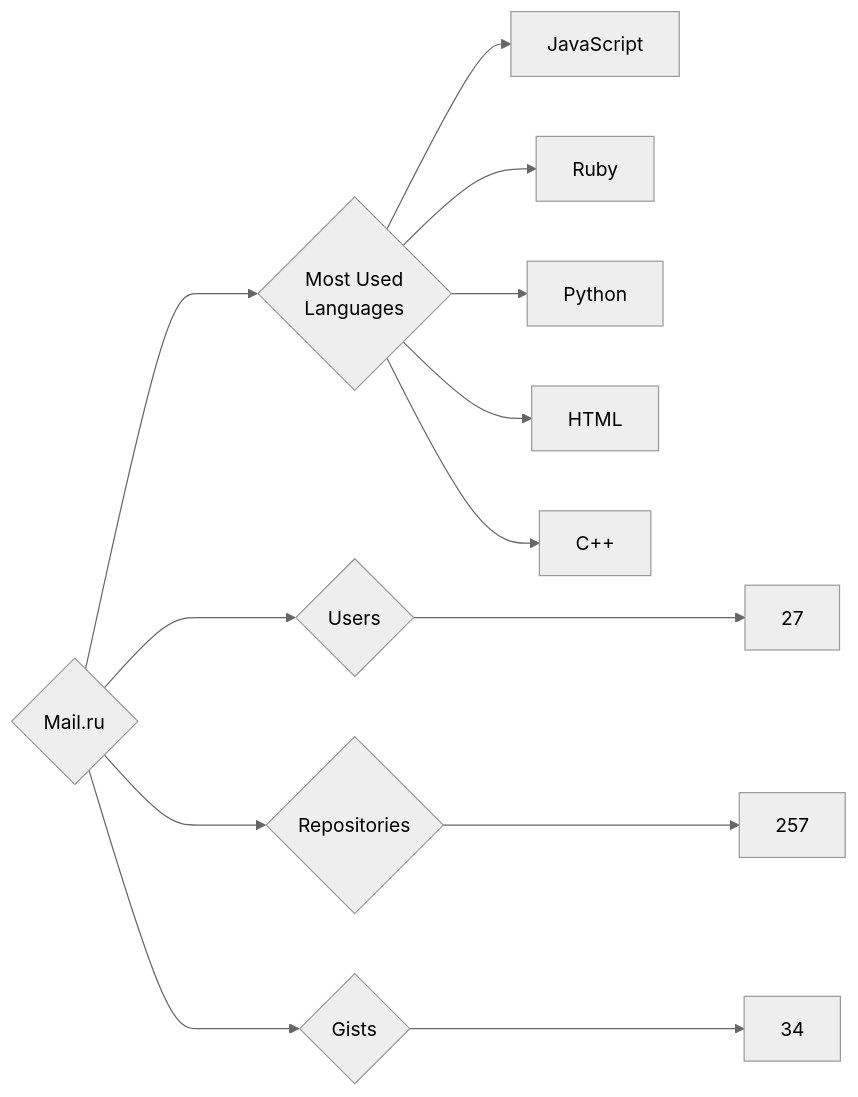
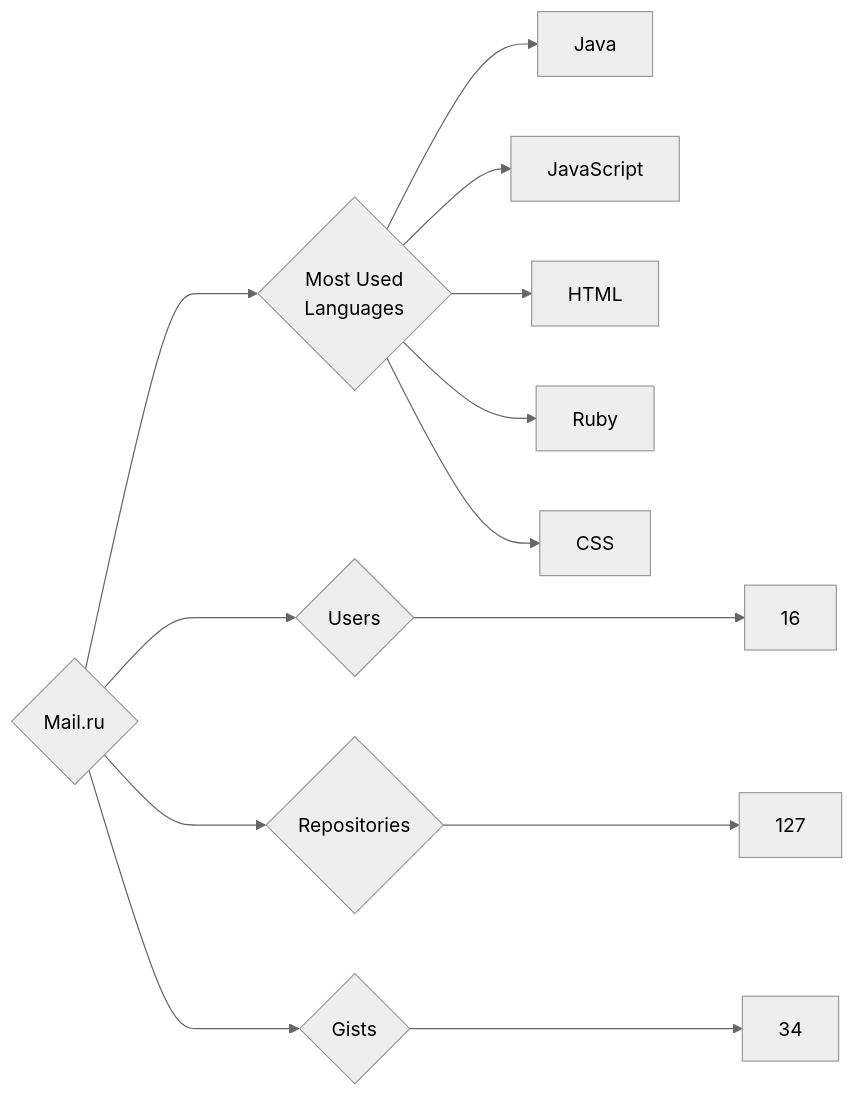
The diagram in targets/Mail.ru/README.md (trickest/insiders), drawn with Mermaid (neutral theme) before and after one commit. The commit also changed 861 other files, not shown here.

````diff
--- a/targets/Mail.ru/README.md
+++ b/targets/Mail.ru/README.md
@@ -3,13 +3,13 @@
 ```mermaid
 graph LR
 COMPANY_NAME{Mail.ru}
-COMPANY_NAME ---> U{Users} ---> UN[27]
-COMPANY_NAME ---> R{Repositories} ---> RN[257]
+COMPANY_NAME ---> U{Users} ---> UN[16]
+COMPANY_NAME ---> R{Repositories} ---> RN[127]
 COMPANY_NAME ---> G{Gists} ---> GN[34]
 COMPANY_NAME ---> ML{Most Used<br>Languages}
+ML --> Java[Java]
 ML --> JavaScript[JavaScript]
+ML --> HTML[HTML]
 ML --> Ruby[Ruby]
-ML --> Python[Python]
-ML --> HTML[HTML]
-ML --> C++[C++]
+ML --> CSS[CSS]
 ```
````
